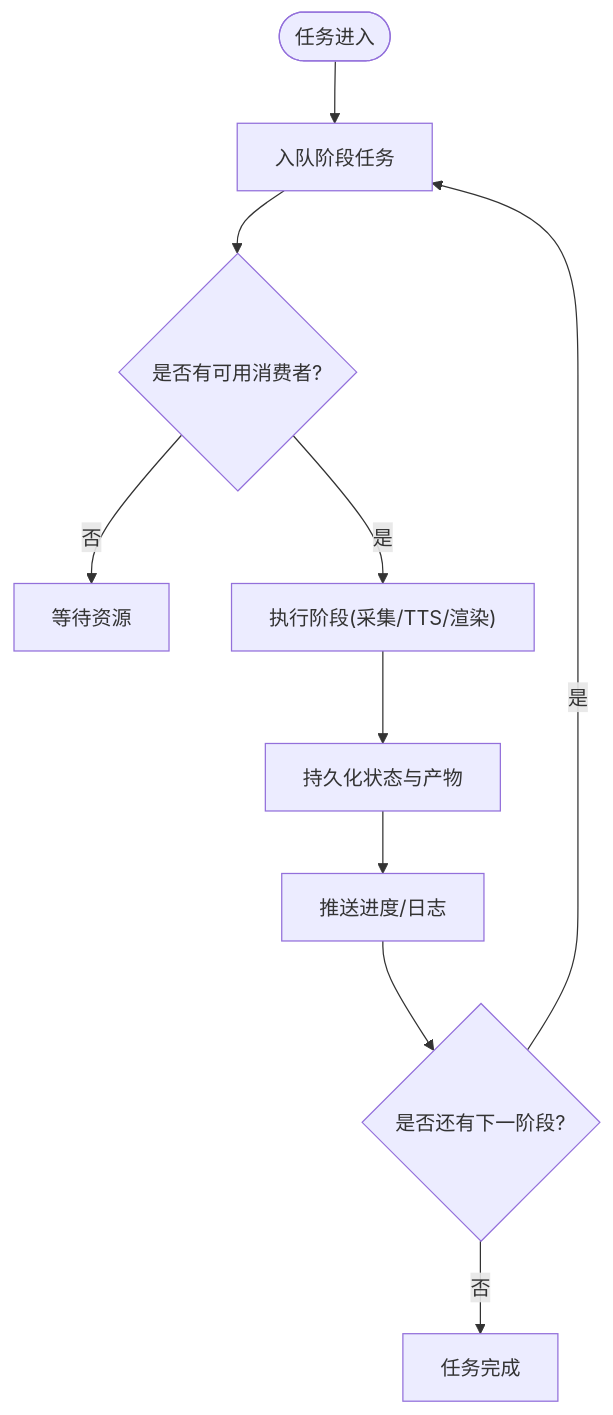
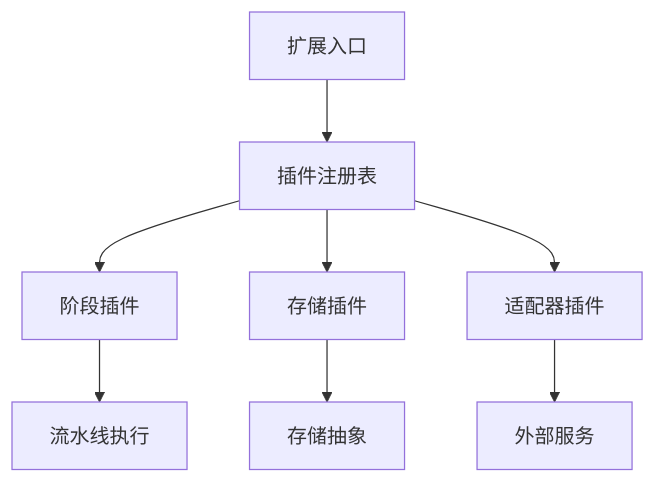
The seventh of 8 diagrams in .qoder/repowiki/zh/content/项目概述/架构设计理念.md (scottcwy/PurpleInk), drawn with Mermaid before and after one commit. The commit also changed other lines of this file and 872 other files, not shown here.

````diff
--- a/.qoder/repowiki/zh/content/项目概述/架构设计理念.md
+++ b/.qoder/repowiki/zh/content/项目概述/架构设计理念.md
@@ -187,12 +303,10 @@
 ```mermaid
 flowchart TD
-Start(["任务进入"]) --> Enqueue["入队阶段任务"]
-Enqueue --> Dequeue{"是否有可用消费者?"}
-Dequeue --> |否| Wait["等待资源"]
-Dequeue --> |是| Execute["执行阶段(采集/TTS/渲染)"]
-Execute --> Persist["持久化状态与产物"]
-Persist --> Stream["推送进度/日志"]
-Stream --> NextStage{"是否还有下一阶段?"}
-NextStage --> |是| Enqueue
-NextStage --> |否| Complete["任务完成"]
+Entry["扩展入口"] --> PluginRegistry["插件注册表"]
+PluginRegistry --> StagePlugin["阶段插件"]
+PluginRegistry --> StoragePlugin["存储插件"]
+PluginRegistry --> AdapterPlugin["适配器插件"]
+StagePlugin --> Pipeline["流水线执行"]
+StoragePlugin --> Storage["存储抽象"]
+AdapterPlugin --> External["外部服务"]
 ```
````
